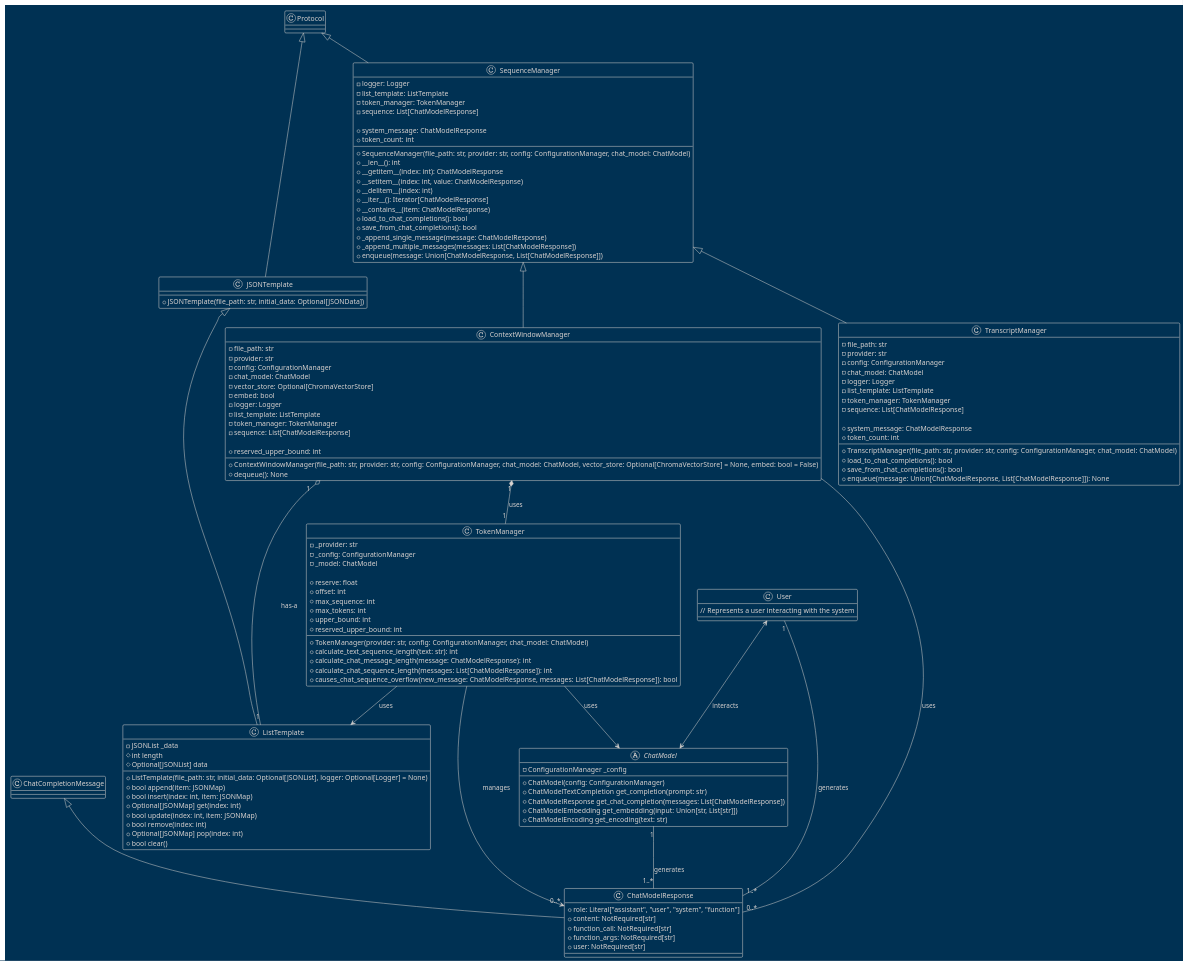
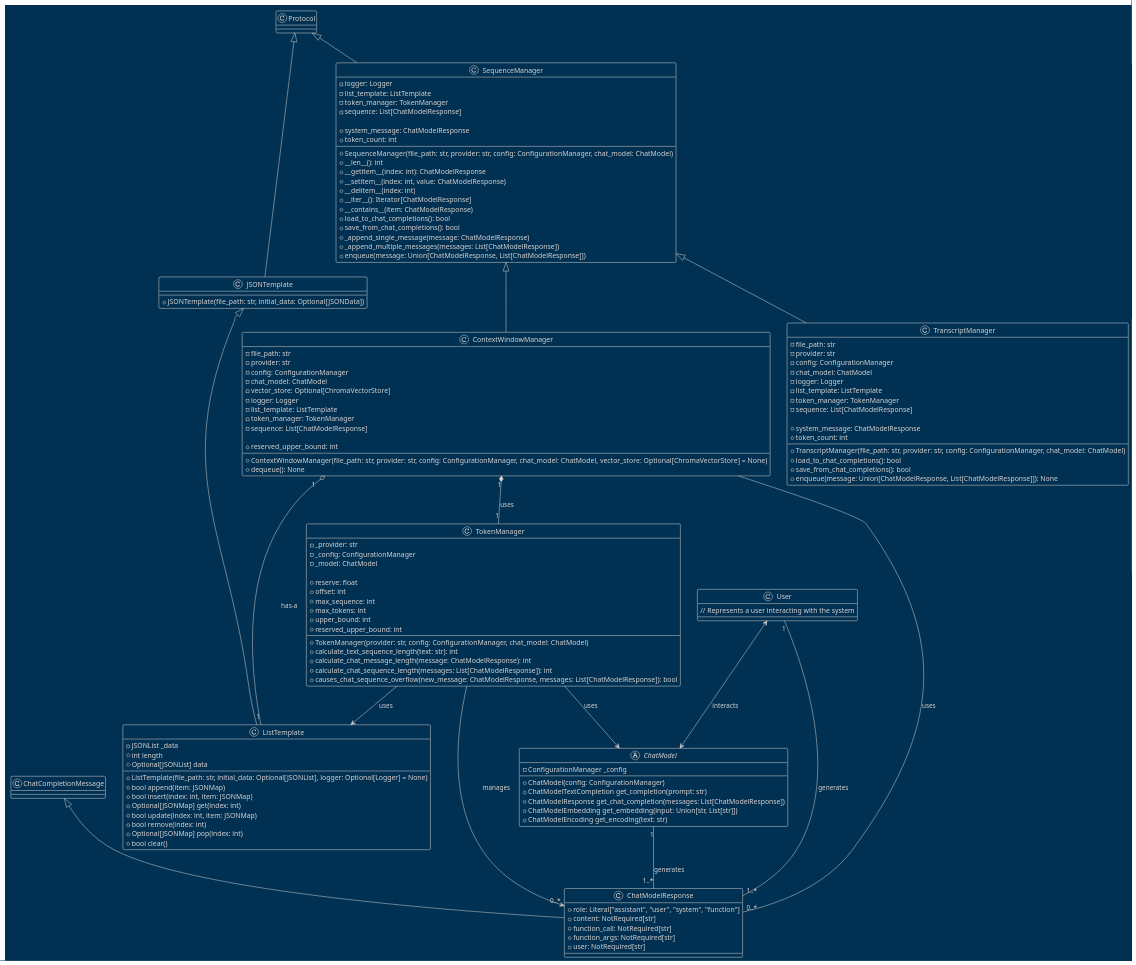
The diagram in docs/diagrams/plantuml/SequenceManager.puml (teleprint-me/py.gpt.prompt), drawn with PlantUML before and after one commit.

Commit message:
chore: Remove Unused 'embed' Parameter in ContextWindowManager Constructor
- Removed the 'embed' parameter from the ContextWindowManager constructor as it was no longer being used.

```diff
--- a/docs/diagrams/plantuml/SequenceManager.puml
+++ b/docs/diagrams/plantuml/SequenceManager.puml
@@ -1,155 +1,154 @@
 @startuml SequenceManager
 !theme blueprint
 
 ' docs/diagrams/plantuml/token_manager.puml
 
 class ChatModelResponse extends ChatCompletionMessage {
     + role: Literal["assistant", "user", "system", "function"]
     + content: NotRequired[str]
     + function_call: NotRequired[str]
     + function_args: NotRequired[str]
     + user: NotRequired[str]
 }
 
 abstract class ChatModel {
     - ConfigurationManager _config
     + ChatModel(config: ConfigurationManager)
     + ChatModelTextCompletion get_completion(prompt: str)
     + ChatModelResponse get_chat_completion(messages: List[ChatModelResponse])
     + ChatModelEmbedding get_embedding(input: Union[str, List[str]])
     + ChatModelEncoding get_encoding(text: str)
 }
 
 class JSONTemplate extends Protocol {
     ' Template class for managing JSON sources
     + JSONTemplate(file_path: str, initial_data: Optional[JSONData])
 }
 
 class ListTemplate extends JSONTemplate {
     ' A template class for managing a list of dictionaries in JSON files.
     - JSONList _data
     + ListTemplate(file_path: str, initial_data: Optional[JSONList], logger: Optional[Logger] = None)
     # int length
     # Optional[JSONList] data
     + bool append(item: JSONMap)
     + bool insert(index: int, item: JSONMap)
     + Optional[JSONMap] get(index: int)
     + bool update(index: int, item: JSONMap)
     + bool remove(index: int)
     + Optional[JSONMap] pop(index: int)
     + bool clear()
 }
 
 class TokenManager {
     - _provider: str
     - _config: ConfigurationManager
     - _model: ChatModel
 
     + TokenManager(provider: str, config: ConfigurationManager, chat_model: ChatModel)
     + reserve: float
     + offset: int
     + max_sequence: int
     + max_tokens: int
     + upper_bound: int
     + reserved_upper_bound: int
     + calculate_text_sequence_length(text: str): int
     + calculate_chat_message_length(message: ChatModelResponse): int
     + calculate_chat_sequence_length(messages: List[ChatModelResponse]): int
     + causes_chat_sequence_overflow(new_message: ChatModelResponse, messages: List[ChatModelResponse]): bool
 }
 
 class SequenceManager extends Protocol {
     - logger: Logger
     - list_template: ListTemplate
     - token_manager: TokenManager
     - sequence: List[ChatModelResponse]
 
     + SequenceManager(file_path: str, provider: str, config: ConfigurationManager, chat_model: ChatModel)
     + __len__(): int
     + __getitem__(index: int): ChatModelResponse
     + __setitem__(index: int, value: ChatModelResponse)
     + __delitem__(index: int)
     + __iter__(): Iterator[ChatModelResponse]
     + __contains__(item: ChatModelResponse)
     + system_message: ChatModelResponse
     + token_count: int
     + load_to_chat_completions(): bool
     + save_from_chat_completions(): bool
     + _append_single_message(message: ChatModelResponse)
     + _append_multiple_messages(messages: List[ChatModelResponse])
     + enqueue(message: Union[ChatModelResponse, List[ChatModelResponse]])
 }
 
 class TranscriptManager extends SequenceManager {
     - file_path: str
     - provider: str
     - config: ConfigurationManager
     - chat_model: ChatModel
     - logger: Logger
     - list_template: ListTemplate
     - token_manager: TokenManager
     - sequence: List[ChatModelResponse]
 
     + TranscriptManager(file_path: str, provider: str, config: ConfigurationManager, chat_model: ChatModel)
     + system_message: ChatModelResponse
     + token_count: int
     + load_to_chat_completions(): bool
     + save_from_chat_completions(): bool
     + enqueue(message: Union[ChatModelResponse, List[ChatModelResponse]]): None
 }
 
 class ContextWindowManager extends SequenceManager {
     - file_path: str
     - provider: str
     - config: ConfigurationManager
     - chat_model: ChatModel
     - vector_store: Optional[ChromaVectorStore]
-    - embed: bool
     - logger: Logger
     - list_template: ListTemplate
     - token_manager: TokenManager
     - sequence: List[ChatModelResponse]
 
-    + ContextWindowManager(file_path: str, provider: str, config: ConfigurationManager, chat_model: ChatModel, vector_store: Optional[ChromaVectorStore] = None, embed: bool = False)
+    + ContextWindowManager(file_path: str, provider: str, config: ConfigurationManager, chat_model: ChatModel, vector_store: Optional[ChromaVectorStore] = None)
     + reserved_upper_bound: int
     + dequeue(): None
 }
 
 class User {
     // Represents a user interacting with the system
 }
 
 ' UML diagram relationships
 
 ' User and ChatModel have a bidirectional association
 User <--> ChatModel : interacts
 
 ' ChatModel and ChatModelResponse are tightly coupled
 ChatModel "1" -- "1..*" ChatModelResponse : generates
 User "1" -- "1..*" ChatModelResponse : generates
 
 ' ContextWindowManager has a composition relationship with TokenManager
 ContextWindowManager "1" *-- "1" TokenManager : uses
 
 ' ContextWindowManager uses ChatModelResponse
 ContextWindowManager -- "0..*" ChatModelResponse : uses
 
 ' ListTemplate is a component of ContextWindowManager
 ContextWindowManager "1" o-- "1" ListTemplate : has-a
 
 ' TokenManager has a unidirectional association with ChatModel and ListTemplate
 TokenManager --> ChatModel : uses
 TokenManager --> ListTemplate : uses
 
 ' TokenManager manages tokens in ChatModelResponse
 TokenManager --> "0..*" ChatModelResponse : manages
 
 ' Optional: Add logger relationship (if applicable)
 ' Logger class would be linked to classes that use it
 ' Logger <.. ContextWindowManager : logs
 ' Logger <.. TokenManager : logs
 
 ' Optional: JSONTemplate and ListTemplate relationship (if applicable)
 ' JSONTemplate <|-- ListTemplate : extends
 
 @enduml
```
